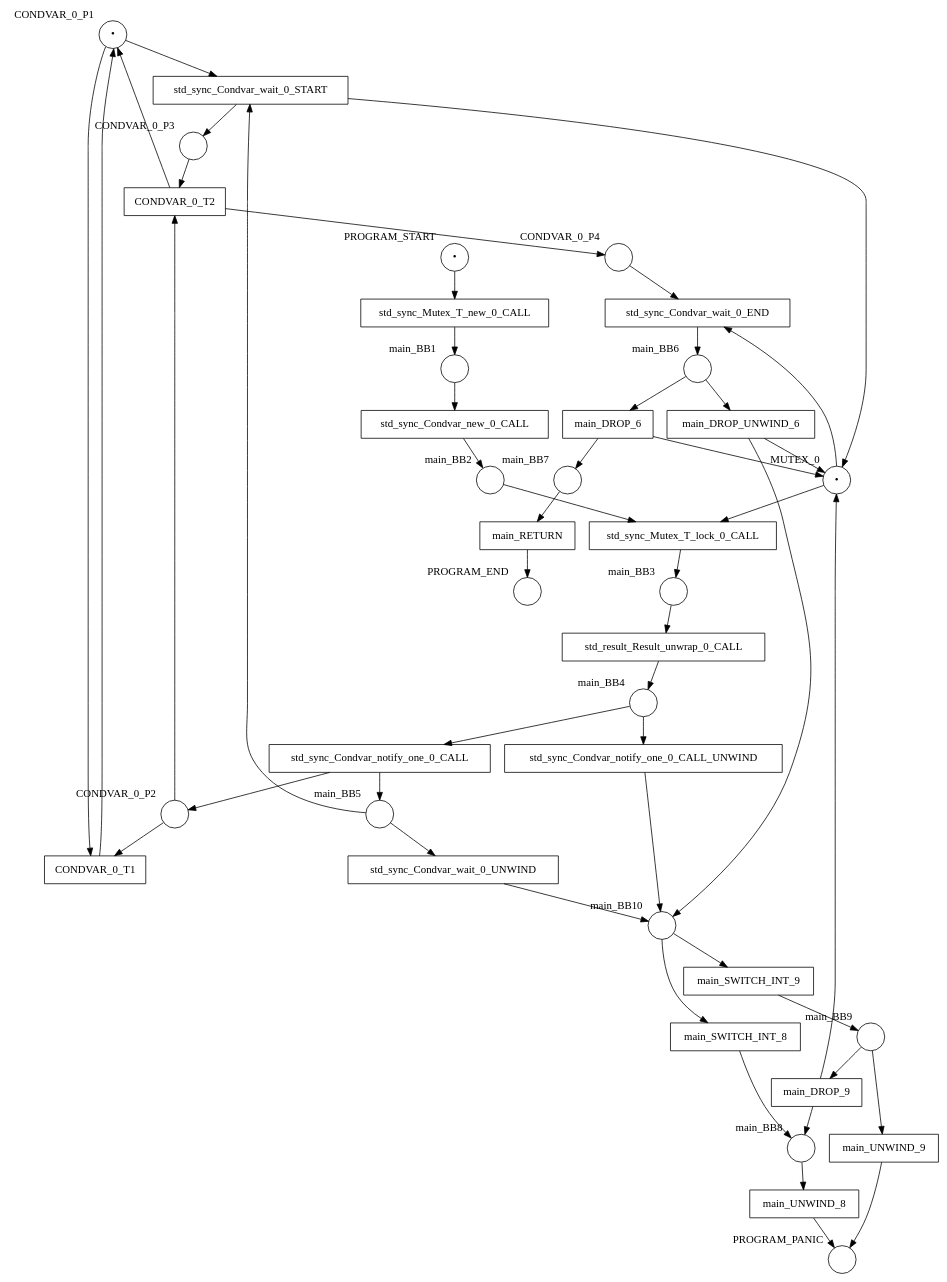
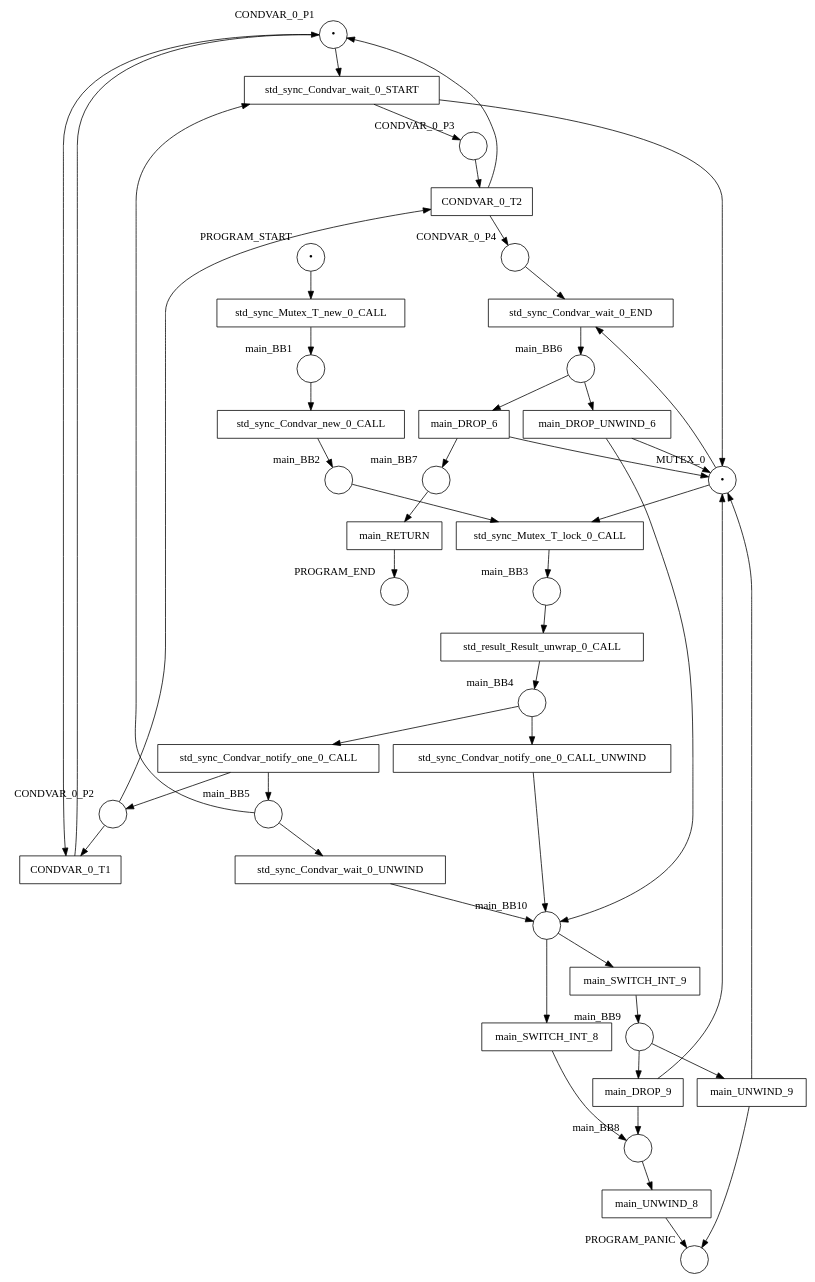
Before and after one commit to hlisdero/cargo-check-deadlock: the diagram in examples/results/condvar/self_notify_lost_signal/net.dot, drawn with Graphviz. The commit also changed 20 other files, not shown here.

```diff
--- a/examples/results/condvar/self_notify_lost_signal/net.dot
+++ b/examples/results/condvar/self_notify_lost_signal/net.dot
@@ -1,88 +1,89 @@
 digraph petrinet {
     CONDVAR_0_P1 [shape="circle" xlabel="CONDVAR_0_P1" label="•"];
     CONDVAR_0_P2 [shape="circle" xlabel="CONDVAR_0_P2" label=""];
     CONDVAR_0_P3 [shape="circle" xlabel="CONDVAR_0_P3" label=""];
     CONDVAR_0_P4 [shape="circle" xlabel="CONDVAR_0_P4" label=""];
     MUTEX_0 [shape="circle" xlabel="MUTEX_0" label="•"];
     PROGRAM_END [shape="circle" xlabel="PROGRAM_END" label=""];
     PROGRAM_PANIC [shape="circle" xlabel="PROGRAM_PANIC" label=""];
     PROGRAM_START [shape="circle" xlabel="PROGRAM_START" label="•"];
     main_BB1 [shape="circle" xlabel="main_BB1" label=""];
     main_BB10 [shape="circle" xlabel="main_BB10" label=""];
     main_BB2 [shape="circle" xlabel="main_BB2" label=""];
     main_BB3 [shape="circle" xlabel="main_BB3" label=""];
     main_BB4 [shape="circle" xlabel="main_BB4" label=""];
     main_BB5 [shape="circle" xlabel="main_BB5" label=""];
     main_BB6 [shape="circle" xlabel="main_BB6" label=""];
     main_BB7 [shape="circle" xlabel="main_BB7" label=""];
     main_BB8 [shape="circle" xlabel="main_BB8" label=""];
     main_BB9 [shape="circle" xlabel="main_BB9" label=""];
     CONDVAR_0_T1 [shape="box" xlabel="" label="CONDVAR_0_T1"];
     CONDVAR_0_T2 [shape="box" xlabel="" label="CONDVAR_0_T2"];
     main_DROP_6 [shape="box" xlabel="" label="main_DROP_6"];
     main_DROP_9 [shape="box" xlabel="" label="main_DROP_9"];
     main_DROP_UNWIND_6 [shape="box" xlabel="" label="main_DROP_UNWIND_6"];
     main_RETURN [shape="box" xlabel="" label="main_RETURN"];
     main_SWITCH_INT_8 [shape="box" xlabel="" label="main_SWITCH_INT_8"];
     main_SWITCH_INT_9 [shape="box" xlabel="" label="main_SWITCH_INT_9"];
     main_UNWIND_8 [shape="box" xlabel="" label="main_UNWIND_8"];
     main_UNWIND_9 [shape="box" xlabel="" label="main_UNWIND_9"];
     std_result_Result_unwrap_0_CALL [shape="box" xlabel="" label="std_result_Result_unwrap_0_CALL"];
     std_sync_Condvar_new_0_CALL [shape="box" xlabel="" label="std_sync_Condvar_new_0_CALL"];
     std_sync_Condvar_notify_one_0_CALL [shape="box" xlabel="" label="std_sync_Condvar_notify_one_0_CALL"];
     std_sync_Condvar_notify_one_0_CALL_UNWIND [shape="box" xlabel="" label="std_sync_Condvar_notify_one_0_CALL_UNWIND"];
     std_sync_Condvar_wait_0_END [shape="box" xlabel="" label="std_sync_Condvar_wait_0_END"];
     std_sync_Condvar_wait_0_START [shape="box" xlabel="" label="std_sync_Condvar_wait_0_START"];
     std_sync_Condvar_wait_0_UNWIND [shape="box" xlabel="" label="std_sync_Condvar_wait_0_UNWIND"];
     std_sync_Mutex_T_lock_0_CALL [shape="box" xlabel="" label="std_sync_Mutex_T_lock_0_CALL"];
     std_sync_Mutex_T_new_0_CALL [shape="box" xlabel="" label="std_sync_Mutex_T_new_0_CALL"];
     CONDVAR_0_P1 -> CONDVAR_0_T1;
     CONDVAR_0_P1 -> std_sync_Condvar_wait_0_START;
     CONDVAR_0_P2 -> CONDVAR_0_T1;
     CONDVAR_0_P2 -> CONDVAR_0_T2;
     CONDVAR_0_P3 -> CONDVAR_0_T2;
     CONDVAR_0_P4 -> std_sync_Condvar_wait_0_END;
     MUTEX_0 -> std_sync_Condvar_wait_0_END;
     MUTEX_0 -> std_sync_Mutex_T_lock_0_CALL;
     PROGRAM_START -> std_sync_Mutex_T_new_0_CALL;
     main_BB1 -> std_sync_Condvar_new_0_CALL;
     main_BB10 -> main_SWITCH_INT_8;
     main_BB10 -> main_SWITCH_INT_9;
     main_BB2 -> std_sync_Mutex_T_lock_0_CALL;
     main_BB3 -> std_result_Result_unwrap_0_CALL;
     main_BB4 -> std_sync_Condvar_notify_one_0_CALL;
     main_BB4 -> std_sync_Condvar_notify_one_0_CALL_UNWIND;
     main_BB5 -> std_sync_Condvar_wait_0_START;
     main_BB5 -> std_sync_Condvar_wait_0_UNWIND;
     main_BB6 -> main_DROP_6;
     main_BB6 -> main_DROP_UNWIND_6;
     main_BB7 -> main_RETURN;
     main_BB8 -> main_UNWIND_8;
     main_BB9 -> main_DROP_9;
     main_BB9 -> main_UNWIND_9;
     CONDVAR_0_T1 -> CONDVAR_0_P1;
     CONDVAR_0_T2 -> CONDVAR_0_P1;
     CONDVAR_0_T2 -> CONDVAR_0_P4;
     main_DROP_6 -> MUTEX_0;
     main_DROP_6 -> main_BB7;
     main_DROP_9 -> MUTEX_0;
     main_DROP_9 -> main_BB8;
     main_DROP_UNWIND_6 -> MUTEX_0;
     main_DROP_UNWIND_6 -> main_BB10;
     main_RETURN -> PROGRAM_END;
     main_SWITCH_INT_8 -> main_BB8;
     main_SWITCH_INT_9 -> main_BB9;
     main_UNWIND_8 -> PROGRAM_PANIC;
+    main_UNWIND_9 -> MUTEX_0;
     main_UNWIND_9 -> PROGRAM_PANIC;
     std_result_Result_unwrap_0_CALL -> main_BB4;
     std_sync_Condvar_new_0_CALL -> main_BB2;
     std_sync_Condvar_notify_one_0_CALL -> CONDVAR_0_P2;
     std_sync_Condvar_notify_one_0_CALL -> main_BB5;
     std_sync_Condvar_notify_one_0_CALL_UNWIND -> main_BB10;
     std_sync_Condvar_wait_0_END -> main_BB6;
     std_sync_Condvar_wait_0_START -> CONDVAR_0_P3;
     std_sync_Condvar_wait_0_START -> MUTEX_0;
     std_sync_Condvar_wait_0_UNWIND -> main_BB10;
     std_sync_Mutex_T_lock_0_CALL -> main_BB3;
     std_sync_Mutex_T_new_0_CALL -> main_BB1;
 }
```
